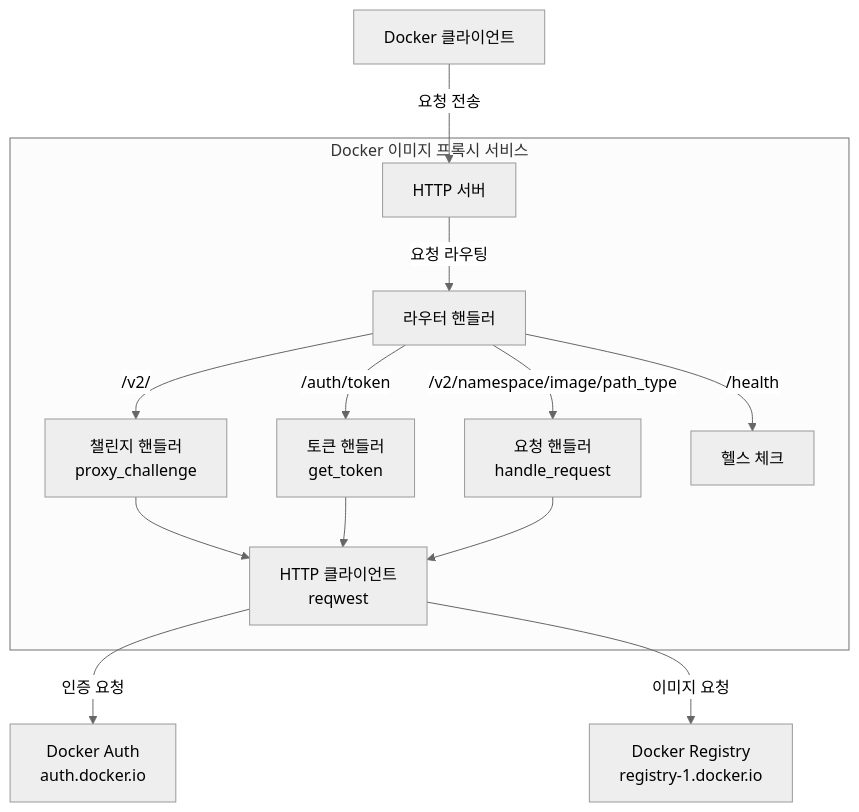
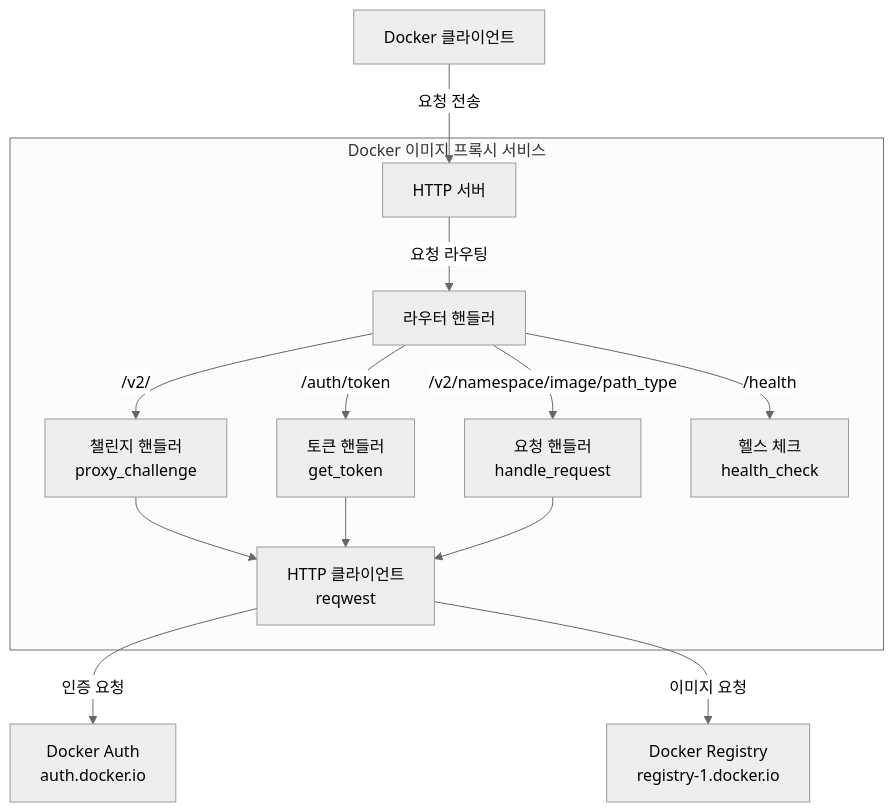
One commit to harrisonwang/docxy changed the first of 3 diagrams in README_KR.md. Above: the diagram before and after it, drawn with Mermaid (neutral theme). The commit also changed other lines of this file and 7 other files, not shown here.

````diff
--- a/README_KR.md
+++ b/README_KR.md
@@ -64,23 +61,23 @@
 ```mermaid
 graph TD
     Client[Docker 클라이언트] -->|요청 전송| HttpServer[HTTP 서버]
     
     subgraph "Docker 이미지 프록시 서비스"
         HttpServer -->|요청 라우팅| RouterHandler[라우터 핸들러]
         
         RouterHandler -->|/v2/| ChallengeHandler[챌린지 핸들러<br>proxy_challenge]
         RouterHandler -->|/auth/token| TokenHandler[토큰 핸들러<br>get_token]
         RouterHandler -->|/v2/namespace/image/path_type| RequestHandler[요청 핸들러<br>handle_request]
-        RouterHandler -->|/health| HealthCheck[헬스 체크]
+        RouterHandler -->|/health| HealthCheck[헬스 체크<br>health_check]
         
         ChallengeHandler --> HttpClient
         TokenHandler --> HttpClient
         RequestHandler --> HttpClient
         
     end
     
     HttpClient[HTTP 클라이언트<br>reqwest]
     
     HttpClient -->|인증 요청| DockerAuth[Docker Auth<br>auth.docker.io]
     HttpClient -->|이미지 요청| DockerRegistry[Docker Registry<br>registry-1.docker.io]
 ```
````
